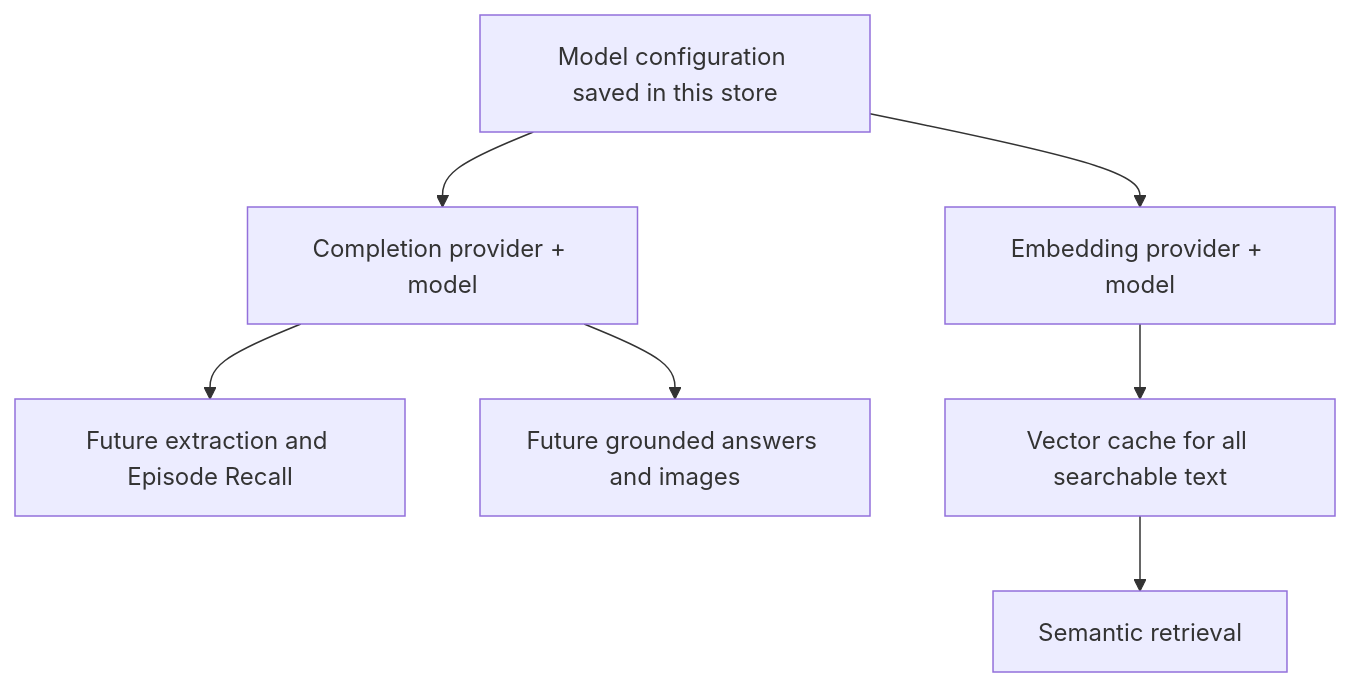
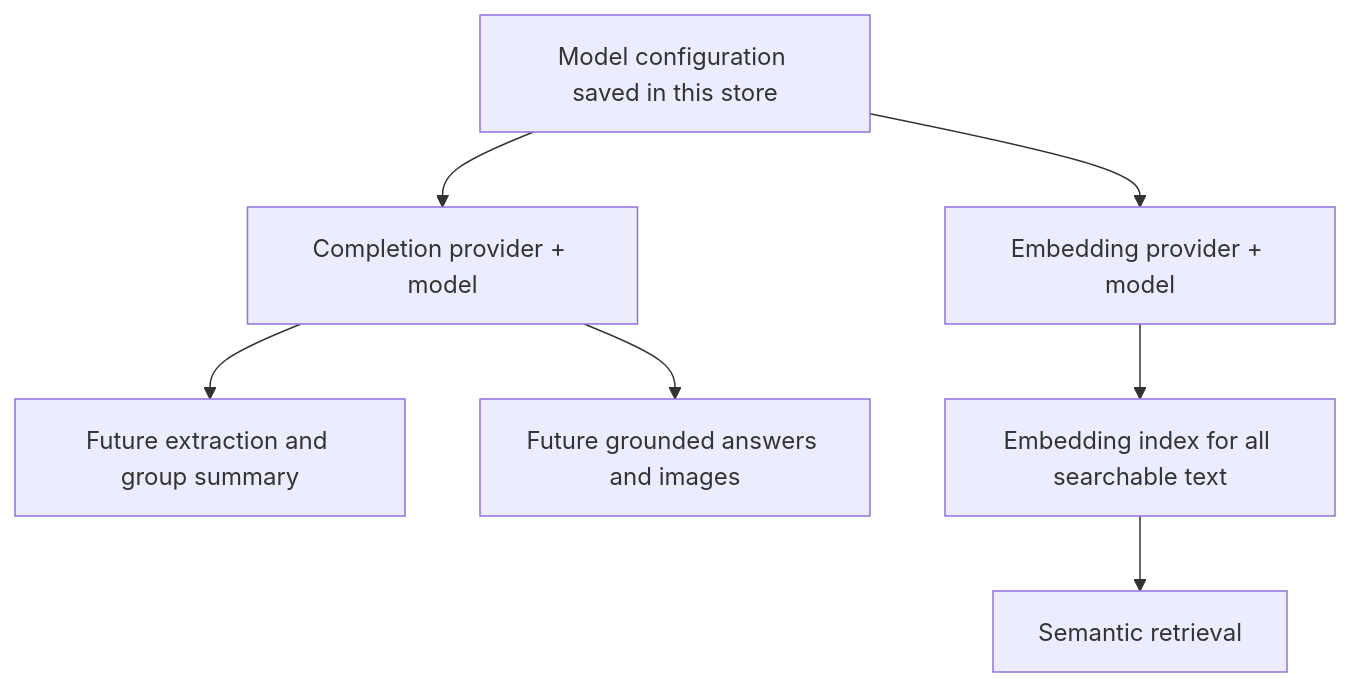
One commit to shanmukh05/trisynapse-memory changed the seventh of 13 diagrams in docs/architecture.md. Above: the diagram before and after it, drawn with Mermaid. The commit also changed other lines of this file and 67 other files, not shown here.

````diff
--- a/docs/architecture.md
+++ b/docs/architecture.md
@@ -399,10 +420,10 @@
 ```mermaid
 flowchart TD
     CFG["Model configuration saved in this store"]
     CFG --> C["Completion provider + model"]
     CFG --> E["Embedding provider + model"]
-    C --> X["Future extraction and Episode Recall"]
+    C --> X["Future extraction and group summary"]
     C --> A["Future grounded answers and images"]
-    E --> V["Vector cache for all searchable text"]
+    E --> V["Embedding index for all searchable text"]
     V --> R["Semantic retrieval"]
 ```
````
